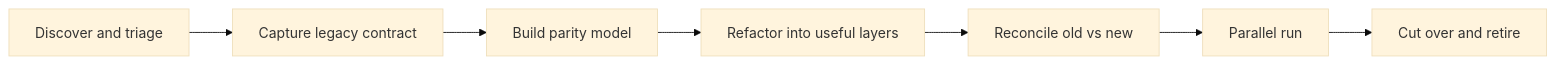
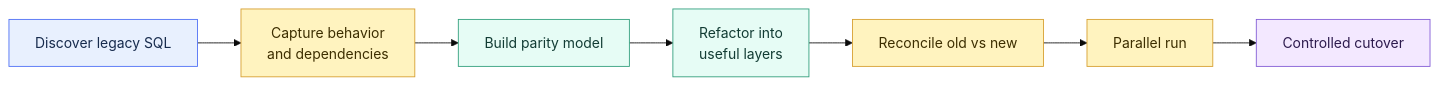
Before and after one commit to shonningsoy/Upskill: the diagram in 02 dbt/02 Modeling Patterns and Layering/17 Refactoring Legacy SQL into dbt.md, drawn with Mermaid (base theme). The commit also changed other lines of this file and 31 other files, not shown here.

````diff
--- a/02 dbt/02 Modeling Patterns and Layering/17 Refactoring Legacy SQL into dbt.md
+++ b/02 dbt/02 Modeling Patterns and Layering/17 Refactoring Legacy SQL into dbt.md
@@ -66,9 +67,20 @@
 ```mermaid
 flowchart LR
-    A["Discover and triage"] --> B["Capture legacy contract"]
-    B --> C["Build parity model"]
-    C --> D["Refactor into useful layers"]
-    D --> E["Reconcile old vs new"]
-    E --> F["Parallel run"]
-    F --> G["Cut over and retire"]
+    LEGACY["Discover legacy SQL"] --> CONTRACT["Capture behavior<br/>and dependencies"]
+    CONTRACT --> PARITY["Build parity model"]
+    PARITY --> LAYERS["Refactor into<br/>useful layers"]
+    LAYERS --> CHECK["Reconcile old vs new"]
+    CHECK --> RUN["Parallel run"]
+    RUN --> CUTOVER["Controlled cutover"]
+
+    classDef input fill:#E8F0FE,stroke:#4C6EF5,color:#172B4D
+    classDef control fill:#FFF3BF,stroke:#D69E2E,color:#3D2E00
+    classDef dbt fill:#E6FCF5,stroke:#2F9E7B,color:#123C34
+    classDef platform fill:#F1F3F5,stroke:#868E96,color:#212529
+    classDef output fill:#F3E8FF,stroke:#805AD5,color:#2D1B4E
+
+    class LEGACY input
+    class CONTRACT,CHECK,RUN control
+    class PARITY,LAYERS dbt
+    class CUTOVER output
 ```
````
